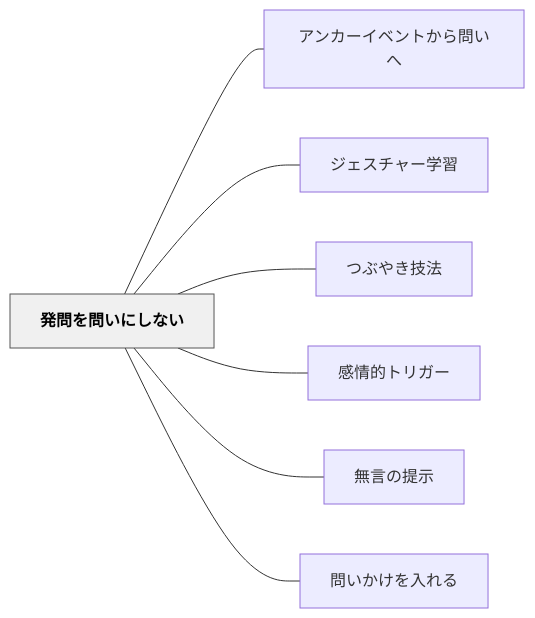
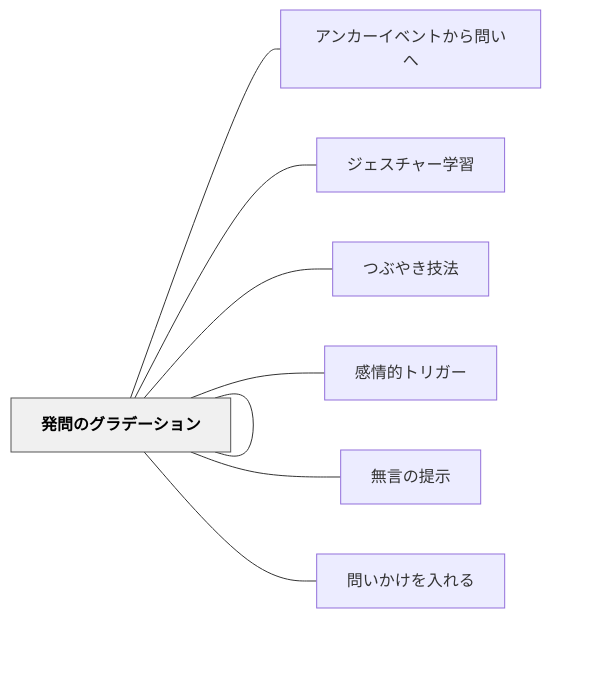
The diagram in content/パタン/発問を問いにしない.md (unknownthings-ed-patterns/unknownthings-ed-patterns), drawn with Mermaid before and after one commit. The commit also changed other lines of this file and 19 other files, not shown here.

````diff
--- a/content/パタン/発問を問いにしない.md
+++ b/content/パタン/発問を問いにしない.md
@@ -76,20 +82,22 @@
 ```mermaid
 flowchart LR
     ne799bae5958f["発問を問いにしない"]
     ne382a2e383b3["アンカーイベントから問いへ"]
+    ne799bae5958f["発問のグラデーション"]
     ne382b8e382a7["ジェスチャー学習"]
     ne381a4e381b6["つぶやき技法"]
     ne6849fe68385["感情的トリガー"]
     ne784a1e8a880["無言の提示"]
     ne5958fe38184["問いかけを入れる"]
 
     ne799bae5958f --- ne382a2e383b3
+    ne799bae5958f --- ne799bae5958f
     ne799bae5958f --- ne382b8e382a7
     ne799bae5958f --- ne381a4e381b6
     ne799bae5958f --- ne6849fe68385
     ne799bae5958f --- ne784a1e8a880
     ne799bae5958f --- ne5958fe38184
 
     classDef hub fill:#f0f0f0,stroke:#555,color:#000,font-weight:bold
     class ne799bae5958f hub
 ```
````
